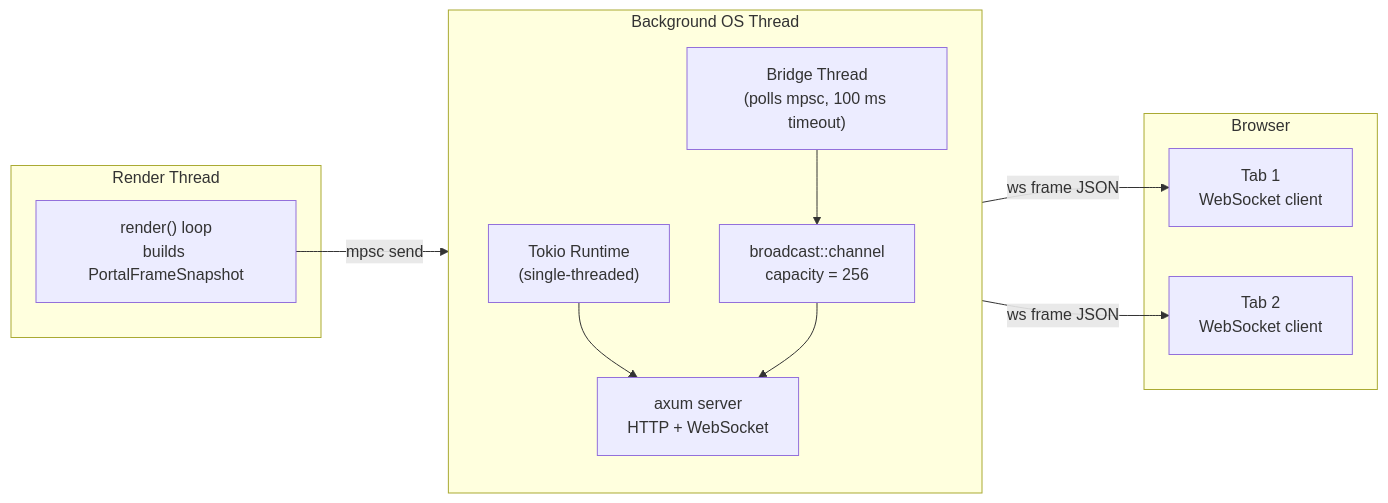
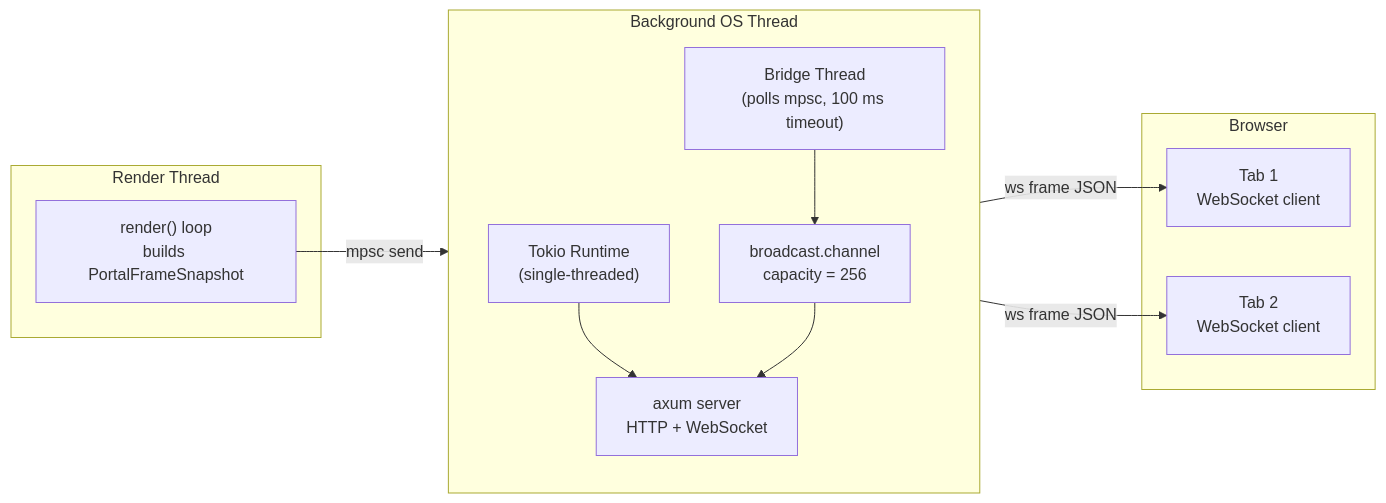
One commit to Far-Beyond-Pulsar/docs changed the first of 4 diagrams in public/docs/core-concepts/Helio/live-portal.md. Above: the diagram before and after it, drawn with Mermaid. The commit also changed other lines of this file and 10 other files, not shown here.

First line of the commit message:
Use HTML <br/> and quoted labels in mermaid

````diff
--- a/public/docs/core-concepts/Helio/live-portal.md
+++ b/public/docs/core-concepts/Helio/live-portal.md
@@ -96,26 +96,26 @@
 ```mermaid
 flowchart LR
     subgraph Render Thread
-        RT["render() loop\nbuilds PortalFrameSnapshot"]
+        RT["render() loop<br/>builds PortalFrameSnapshot"]
     end
 
     subgraph Background OS Thread
         direction TB
-        BT["Bridge Thread\n(polls mpsc, 100 ms timeout)"]
-        TK["Tokio Runtime\n(single-threaded)"]
-        AX["axum server\nHTTP + WebSocket"]
-        BC["broadcast::channel\ncapacity = 256"]
+        BT["Bridge Thread<br/>(polls mpsc, 100 ms timeout)"]
+        TK["Tokio Runtime<br/>(single-threaded)"]
+        AX["axum server<br/>HTTP + WebSocket"]
+        BC["broadcast.channel<br/>capacity = 256"]
         BT --> BC
         TK --> AX
         BC --> AX
     end
 
     subgraph Browser
-        WS1["Tab 1\nWebSocket client"]
-        WS2["Tab 2\nWebSocket client"]
+        WS1["Tab 1<br/>WebSocket client"]
+        WS2["Tab 2<br/>WebSocket client"]
     end
 
     RT -->|mpsc send| BT
     AX -->|"ws frame JSON"| WS1
     AX -->|"ws frame JSON"| WS2
 ```
````
